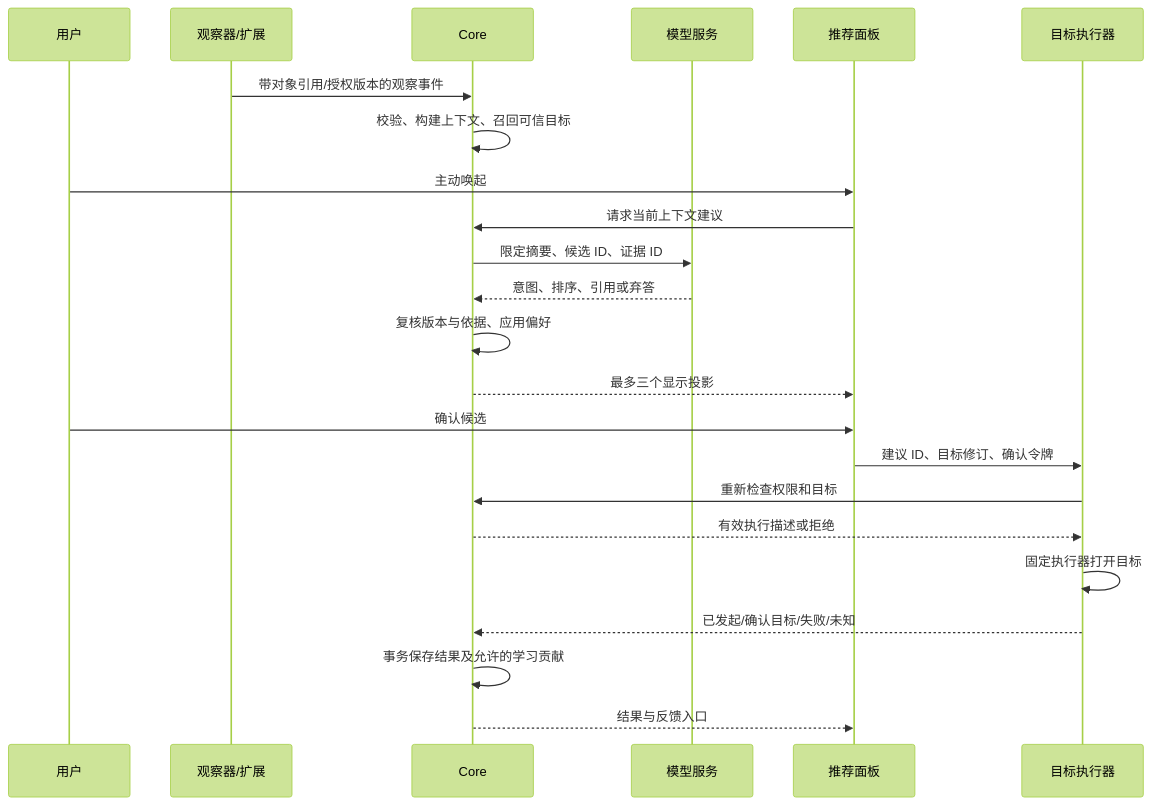
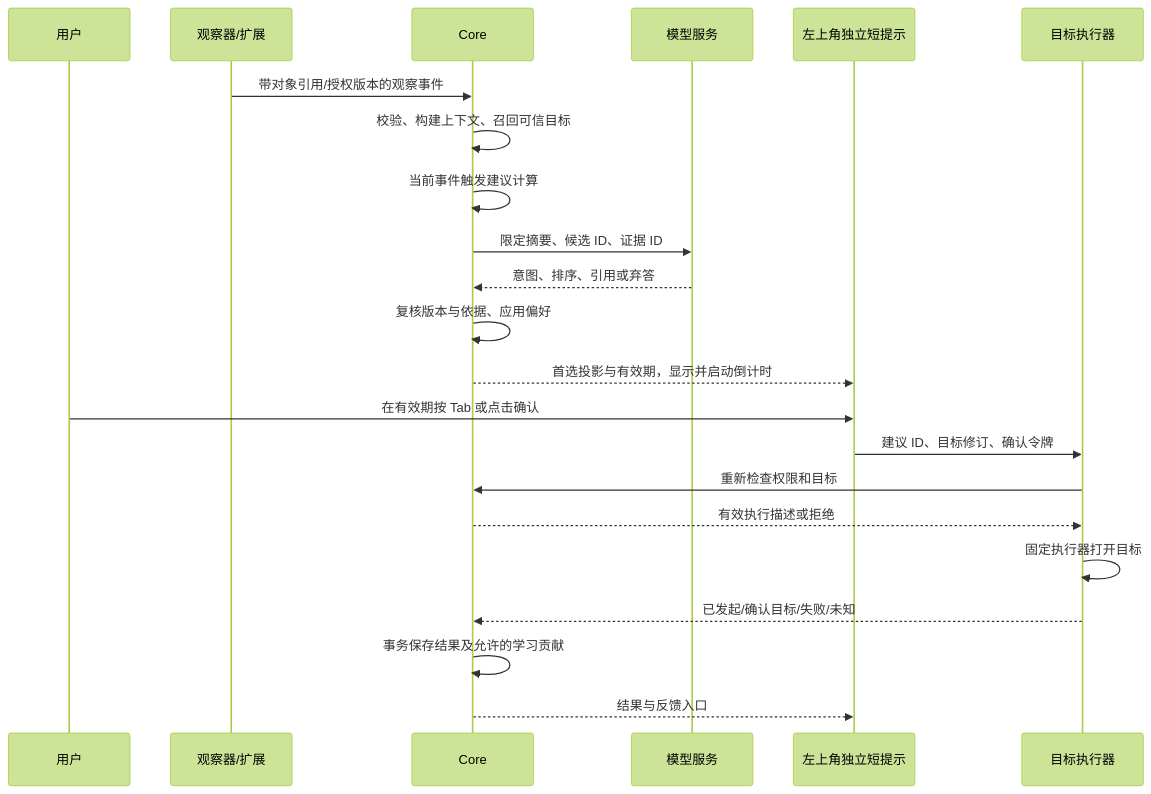
One commit to bread-ovO/bugu-notes changed the fourth of 5 diagrams in docs/product/BUGU_猜你想做_完整实现方案.md. Above: the diagram before and after it, drawn with Mermaid (forest theme). The commit also changed other lines of this file and 2 other files, not shown here.

Commit message:
docs: define standalone timed jump hint with Tab confirmation

````diff
--- a/docs/product/BUGU_猜你想做_完整实现方案.md
+++ b/docs/product/BUGU_猜你想做_完整实现方案.md
@@ -447,25 +461,24 @@
 ```mermaid
 sequenceDiagram
   participant U as 用户
   participant O as 观察器/扩展
   participant C as Core
   participant M as 模型服务
-  participant P as 推荐面板
+  participant P as 左上角独立短提示
   participant B as 目标执行器
   O->>C: 带对象引用/授权版本的观察事件
   C->>C: 校验、构建上下文、召回可信目标
-  U->>P: 主动唤起
-  P->>C: 请求当前上下文建议
+  C->>C: 当前事件触发建议计算
   C->>M: 限定摘要、候选 ID、证据 ID
   M-->>C: 意图、排序、引用或弃答
   C->>C: 复核版本与依据、应用偏好
-  C-->>P: 最多三个显示投影
-  U->>P: 确认候选
+  C-->>P: 首选投影与有效期，显示并启动倒计时
+  U->>P: 在有效期按 Tab 或点击确认
   P->>B: 建议 ID、目标修订、确认令牌
   B->>C: 重新检查权限和目标
   C-->>B: 有效执行描述或拒绝
   B->>B: 固定执行器打开目标
   B-->>C: 已发起/确认目标/失败/未知
   C->>C: 事务保存结果及允许的学习贡献
   C-->>P: 结果与反馈入口
 ```
````
